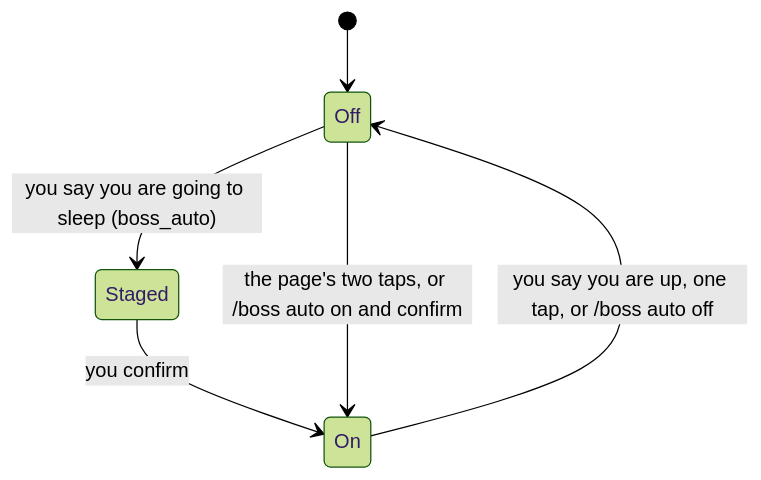
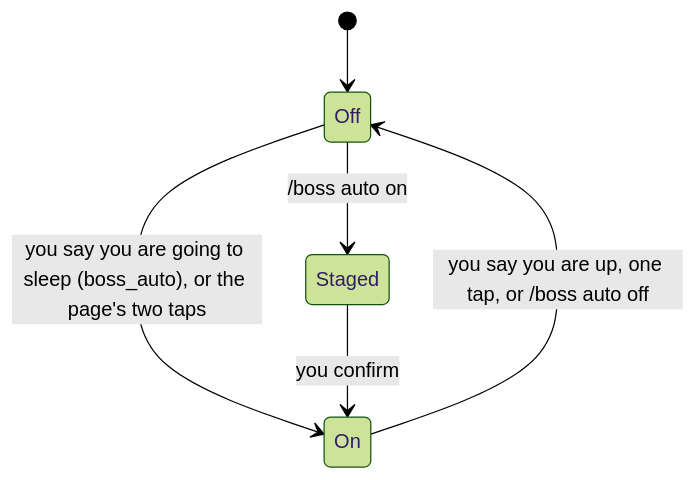
Before and after one commit to wayne930242/pi-straw-boss: the diagram in site/src/content/docs/guide/auto-mode.md, drawn with Mermaid (forest theme). The commit also changed other lines of this file and 12 other files, not shown here.

````diff
--- a/site/src/content/docs/guide/auto-mode.md
+++ b/site/src/content/docs/guide/auto-mode.md
@@ -12,8 +12,8 @@
 ```mermaid
 stateDiagram-v2
   [*] --> Off
-  Off --> Staged: you say you are going to sleep (boss_auto)
+  Off --> On: you say you are going to sleep (boss_auto), or the page's two taps
+  Off --> Staged: /boss auto on
   Staged --> On: you confirm
-  Off --> On: the page's two taps, or /boss auto on and confirm
   On --> Off: you say you are up, one tap, or /boss auto off
 ```
````
